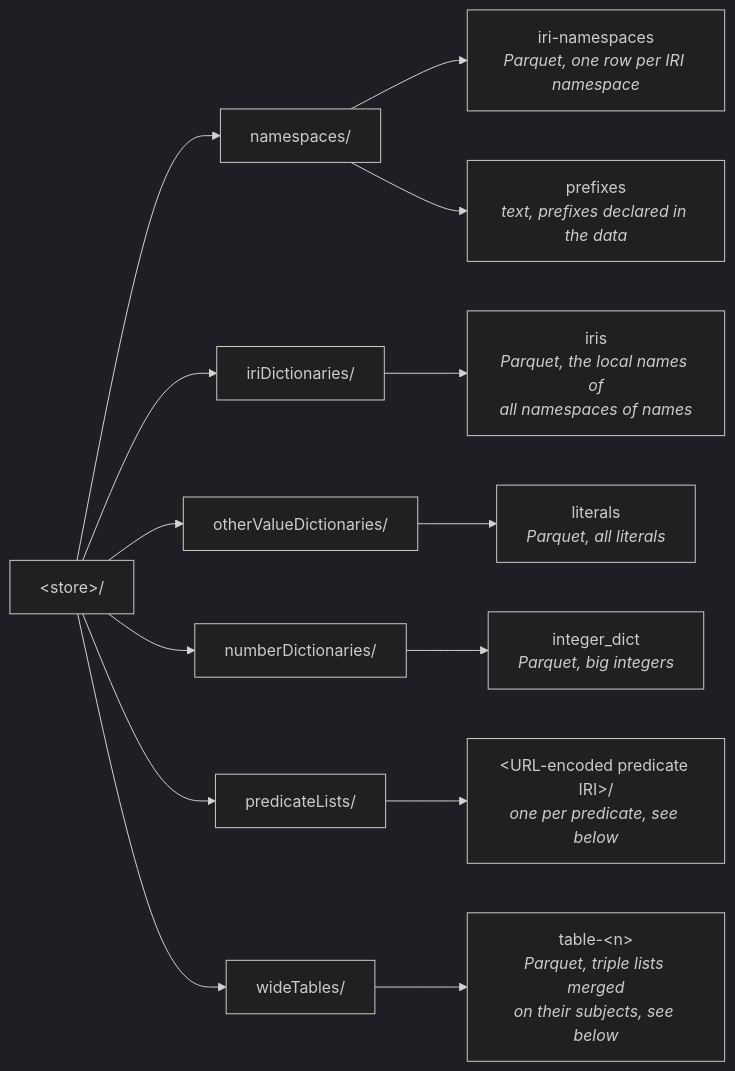
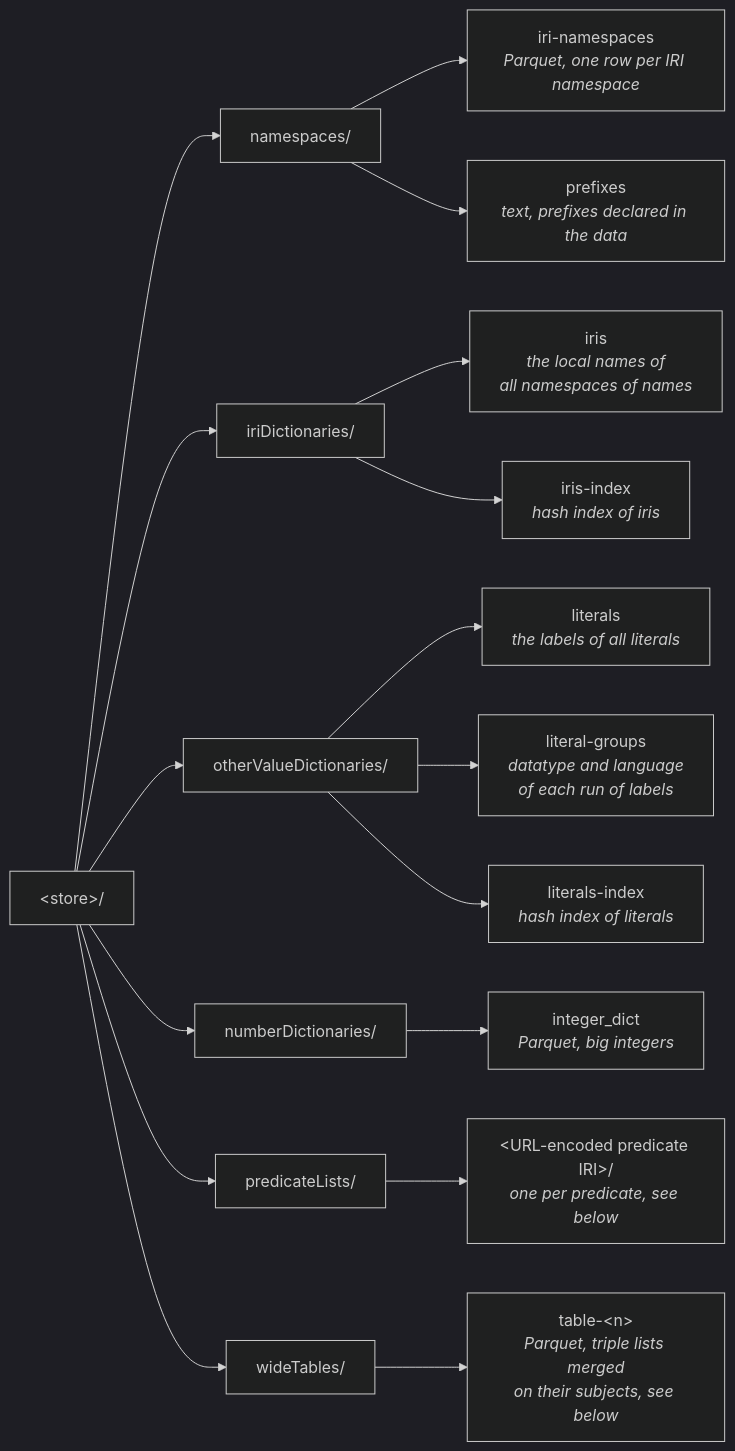
The first of 5 diagrams in docs/storage.md (JervenBolleman/sparql-readonly), drawn with Mermaid (dark theme) before and after one commit. The commit also changed other lines of this file and 11 other files, not shown here.

First line of the commit message:
Store IRI local names and literals linearly with a hash index

````diff
--- a/docs/storage.md
+++ b/docs/storage.md
@@ -15,17 +18,20 @@
 ```mermaid
 flowchart LR
     store["#lt;store#gt;/"]
     store --> ns["namespaces/"]
     store --> iri["iriDictionaries/"]
     store --> other["otherValueDictionaries/"]
     store --> num["numberDictionaries/"]
     store --> lists["predicateLists/"]
     store --> wide["wideTables/"]
     ns --> nsfile["iri-namespaces<br/><i>Parquet, one row per IRI namespace</i>"]
     ns --> prefixes["prefixes<br/><i>text, prefixes declared in the data</i>"]
-    iri --> iris["iris<br/><i>Parquet, the local names of<br/>all namespaces of names</i>"]
-    other --> literals["literals<br/><i>Parquet, all literals</i>"]
+    iri --> iris["iris<br/><i>the local names of<br/>all namespaces of names</i>"]
+    iri --> irisindex["iris-index<br/><i>hash index of iris</i>"]
+    other --> literals["literals<br/><i>the labels of all literals</i>"]
+    other --> litgroups["literal-groups<br/><i>datatype and language<br/>of each run of labels</i>"]
+    other --> litindex["literals-index<br/><i>hash index of literals</i>"]
     num --> integers["integer_dict<br/><i>Parquet, big integers</i>"]
     lists --> pred["#lt;URL-encoded predicate IRI#gt;/<br/><i>one per predicate, see below</i>"]
     wide --> table["table-#lt;n#gt;<br/><i>Parquet, triple lists merged<br/>on their subjects, see below</i>"]
 ```
````
